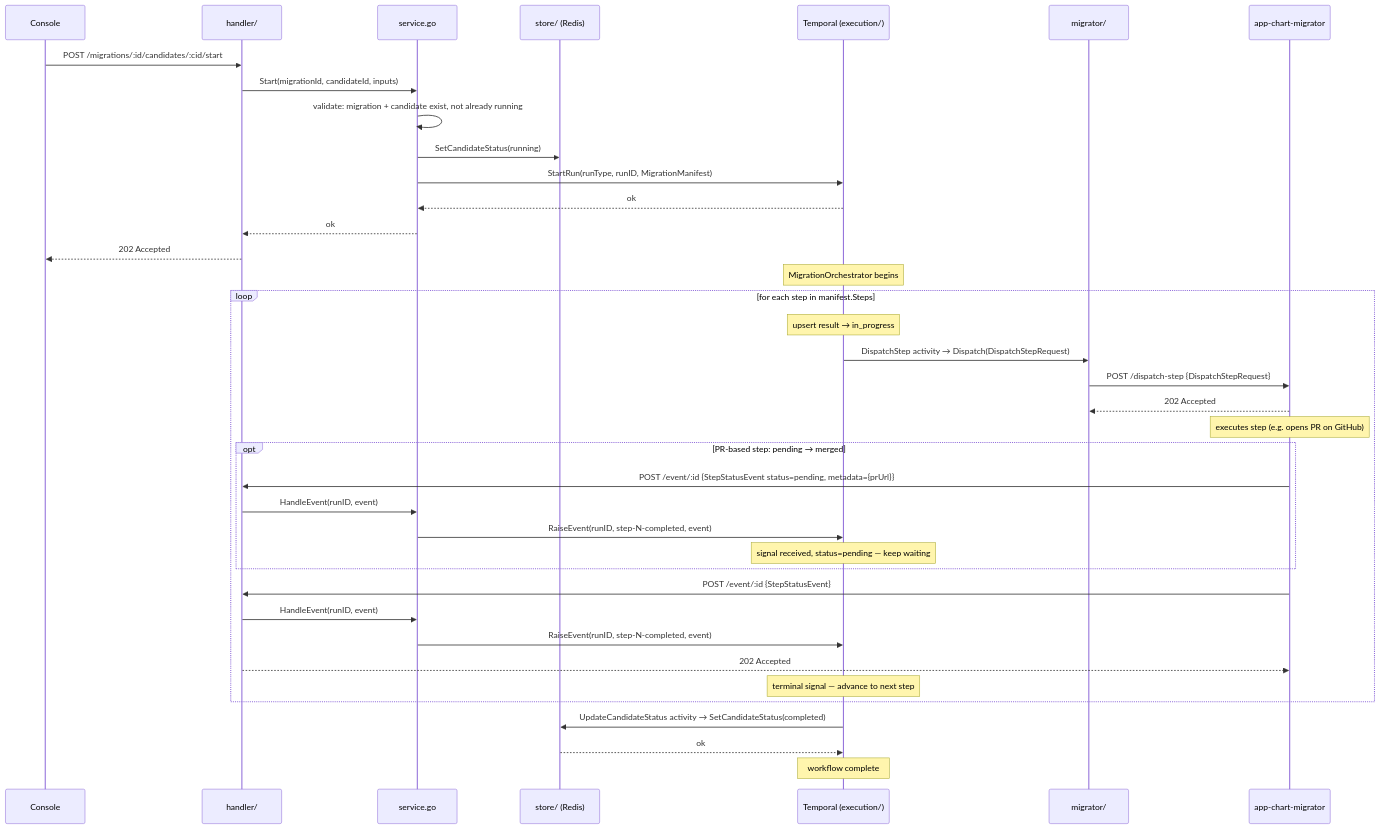
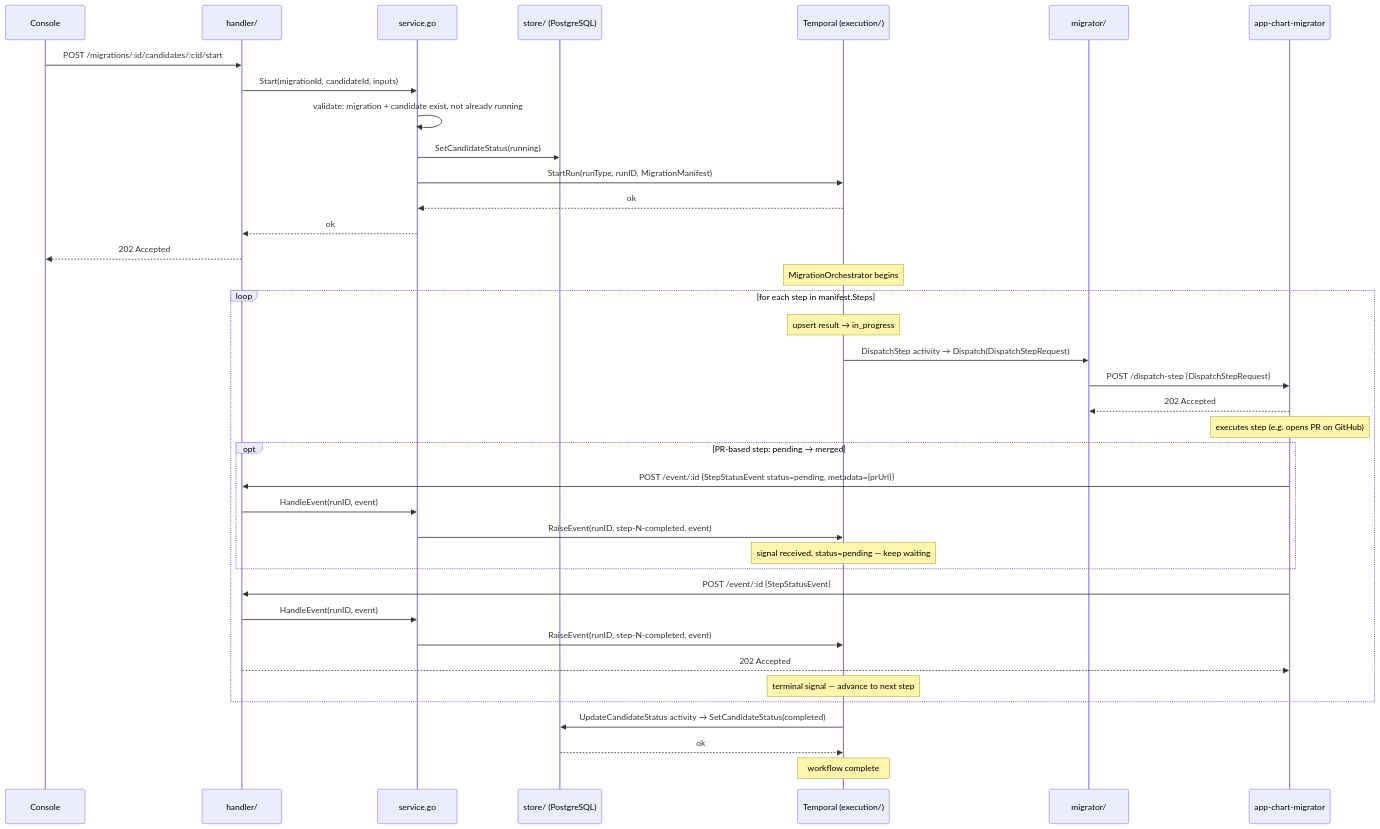
The second of 5 diagrams in docs/flows.md (tilsley/loom), drawn with Mermaid before and after one commit. The commit also changed other lines of this file and 12 other files, not shown here.

````diff
--- a/docs/flows.md
+++ b/docs/flows.md
@@ -50,47 +50,47 @@
 ```mermaid
 sequenceDiagram
     participant Con as Console
     participant H as handler/
     participant S as service.go
-    participant St as store/ (Redis)
+    participant St as store/ (PostgreSQL)
     participant E as Temporal (execution/)
     participant M as migrator/
     participant W as app-chart-migrator
 
     Con->>H: POST /migrations/:id/candidates/:cid/start
     H->>S: Start(migrationId, candidateId, inputs)
     S->>S: validate: migration + candidate exist, not already running
     S->>St: SetCandidateStatus(running)
     S->>E: StartRun(runType, runID, MigrationManifest)
     E-->>S: ok
     S-->>H: ok
     H-->>Con: 202 Accepted
 
     Note over E: MigrationOrchestrator begins
 
     loop for each step in manifest.Steps
         Note over E: upsert result → in_progress
         E->>M: DispatchStep activity → Dispatch(DispatchStepRequest)
         M->>W: POST /dispatch-step {DispatchStepRequest}
         W-->>M: 202 Accepted
 
         Note over W: executes step (e.g. opens PR on GitHub)
 
         opt PR-based step: pending → merged
             W->>H: POST /event/:id {StepStatusEvent status=pending, metadata={prUrl}}
             H->>S: HandleEvent(runID, event)
             S->>E: RaiseEvent(runID, step-N-completed, event)
             Note over E: signal received, status=pending — keep waiting
         end
 
         W->>H: POST /event/:id {StepStatusEvent}
         H->>S: HandleEvent(runID, event)
         S->>E: RaiseEvent(runID, step-N-completed, event)
         H-->>W: 202 Accepted
         Note over E: terminal signal — advance to next step
     end
 
     E->>St: UpdateCandidateStatus activity → SetCandidateStatus(completed)
     St-->>E: ok
     Note over E: workflow complete
 ```
````
